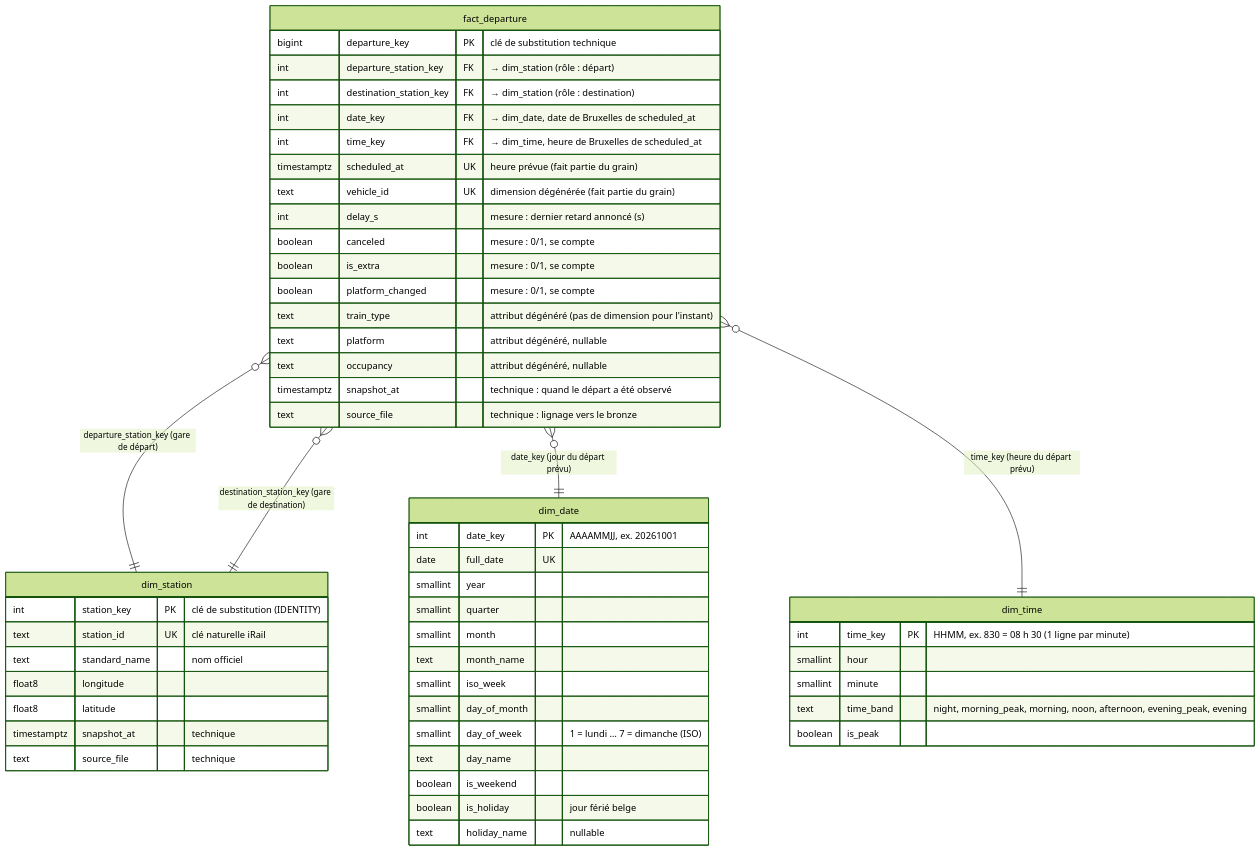
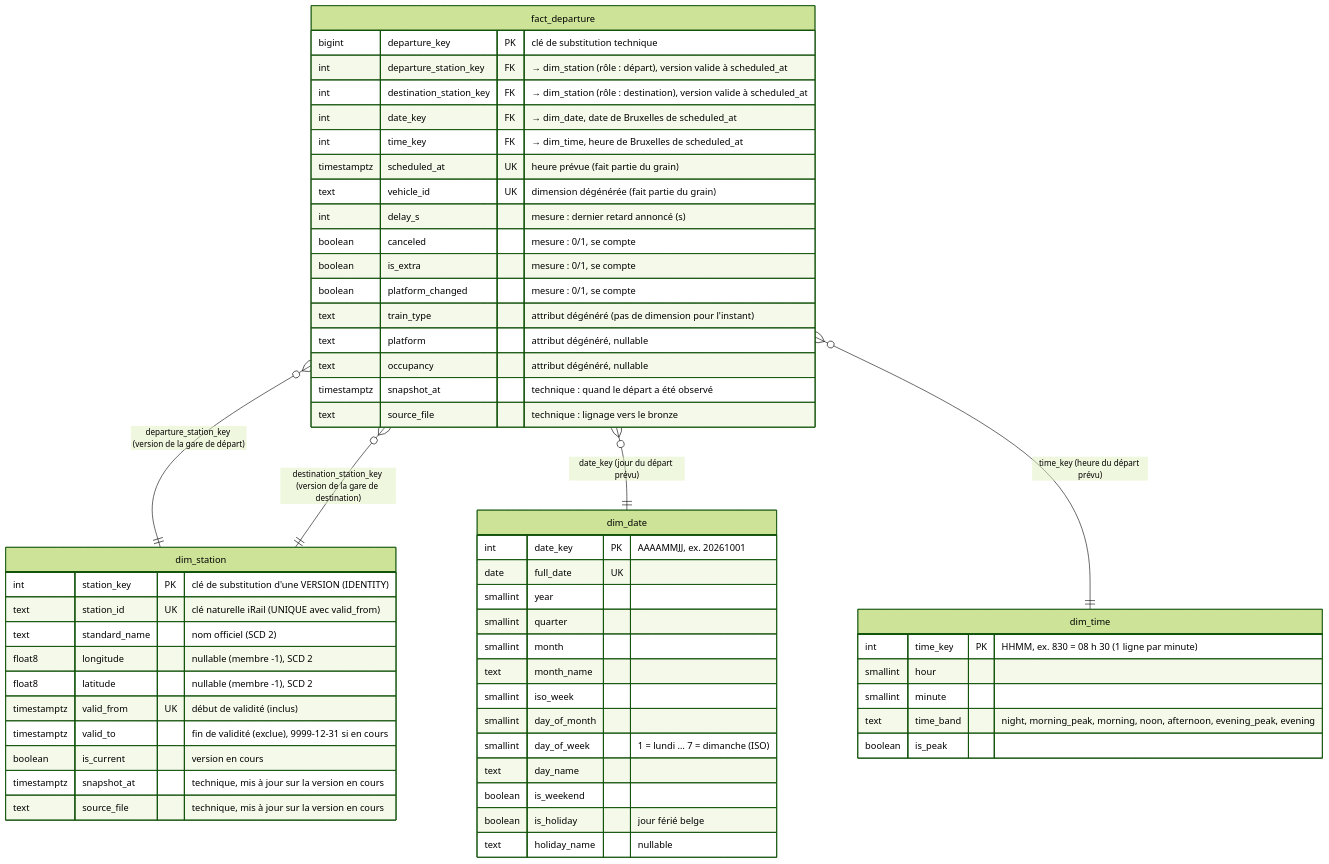
The diagram in docs/star-schema.md (sanneau/irail-ingestion), drawn with Mermaid (forest theme) before and after one commit. The commit also changed other lines of this file and 3 other files, not shown here.

First line of the commit message:
feat: track station history with SCD type 2 (#12)

````diff
--- a/docs/star-schema.md
+++ b/docs/star-schema.md
@@ -12,60 +12,63 @@
 ```mermaid
 erDiagram
-    fact_departure }o--|| dim_station : "departure_station_key (gare de départ)"
-    fact_departure }o--|| dim_station : "destination_station_key (gare de destination)"
+    fact_departure }o--|| dim_station : "departure_station_key (version de la gare de départ)"
+    fact_departure }o--|| dim_station : "destination_station_key (version de la gare de destination)"
     fact_departure }o--|| dim_date : "date_key (jour du départ prévu)"
     fact_departure }o--|| dim_time : "time_key (heure du départ prévu)"
 
     fact_departure {
         bigint departure_key PK "clé de substitution technique"
-        int departure_station_key FK "→ dim_station (rôle : départ)"
-        int destination_station_key FK "→ dim_station (rôle : destination)"
+        int departure_station_key FK "→ dim_station (rôle : départ), version valide à scheduled_at"
+        int destination_station_key FK "→ dim_station (rôle : destination), version valide à scheduled_at"
         int date_key FK "→ dim_date, date de Bruxelles de scheduled_at"
         int time_key FK "→ dim_time, heure de Bruxelles de scheduled_at"
         timestamptz scheduled_at UK "heure prévue (fait partie du grain)"
         text vehicle_id UK "dimension dégénérée (fait partie du grain)"
         int delay_s "mesure : dernier retard annoncé (s)"
         boolean canceled "mesure : 0/1, se compte"
         boolean is_extra "mesure : 0/1, se compte"
         boolean platform_changed "mesure : 0/1, se compte"
         text train_type "attribut dégénéré (pas de dimension pour l'instant)"
         text platform "attribut dégénéré, nullable"
         text occupancy "attribut dégénéré, nullable"
         timestamptz snapshot_at "technique : quand le départ a été observé"
         text source_file "technique : lignage vers le bronze"
     }
 
     dim_station {
-        int station_key PK "clé de substitution (IDENTITY)"
-        text station_id UK "clé naturelle iRail"
-        text standard_name "nom officiel"
-        float8 longitude
-        float8 latitude
-        timestamptz snapshot_at "technique"
-        text source_file "technique"
+        int station_key PK "clé de substitution d'une VERSION (IDENTITY)"
+        text station_id UK "clé naturelle iRail (UNIQUE avec valid_from)"
+        text standard_name "nom officiel (SCD 2)"
+        float8 longitude "nullable (membre -1), SCD 2"
+        float8 latitude "nullable (membre -1), SCD 2"
+        timestamptz valid_from UK "début de validité (inclus)"
+        timestamptz valid_to "fin de validité (exclue), 9999-12-31 si en cours"
+        boolean is_current "version en cours"
+        timestamptz snapshot_at "technique, mis à jour sur la version en cours"
+        text source_file "technique, mis à jour sur la version en cours"
     }
 
     dim_date {
         int date_key PK "AAAAMMJJ, ex. 20261001"
         date full_date UK
         smallint year
         smallint quarter
         smallint month
         text month_name
         smallint iso_week
         smallint day_of_month
         smallint day_of_week "1 = lundi … 7 = dimanche (ISO)"
         text day_name
         boolean is_weekend
         boolean is_holiday "jour férié belge"
         text holiday_name "nullable"
     }
 
     dim_time {
         int time_key PK "HHMM, ex. 830 = 08 h 30 (1 ligne par minute)"
         smallint hour
         smallint minute
         text time_band "night, morning_peak, morning, noon, afternoon, evening_peak, evening"
         boolean is_peak
     }
 ```
````
